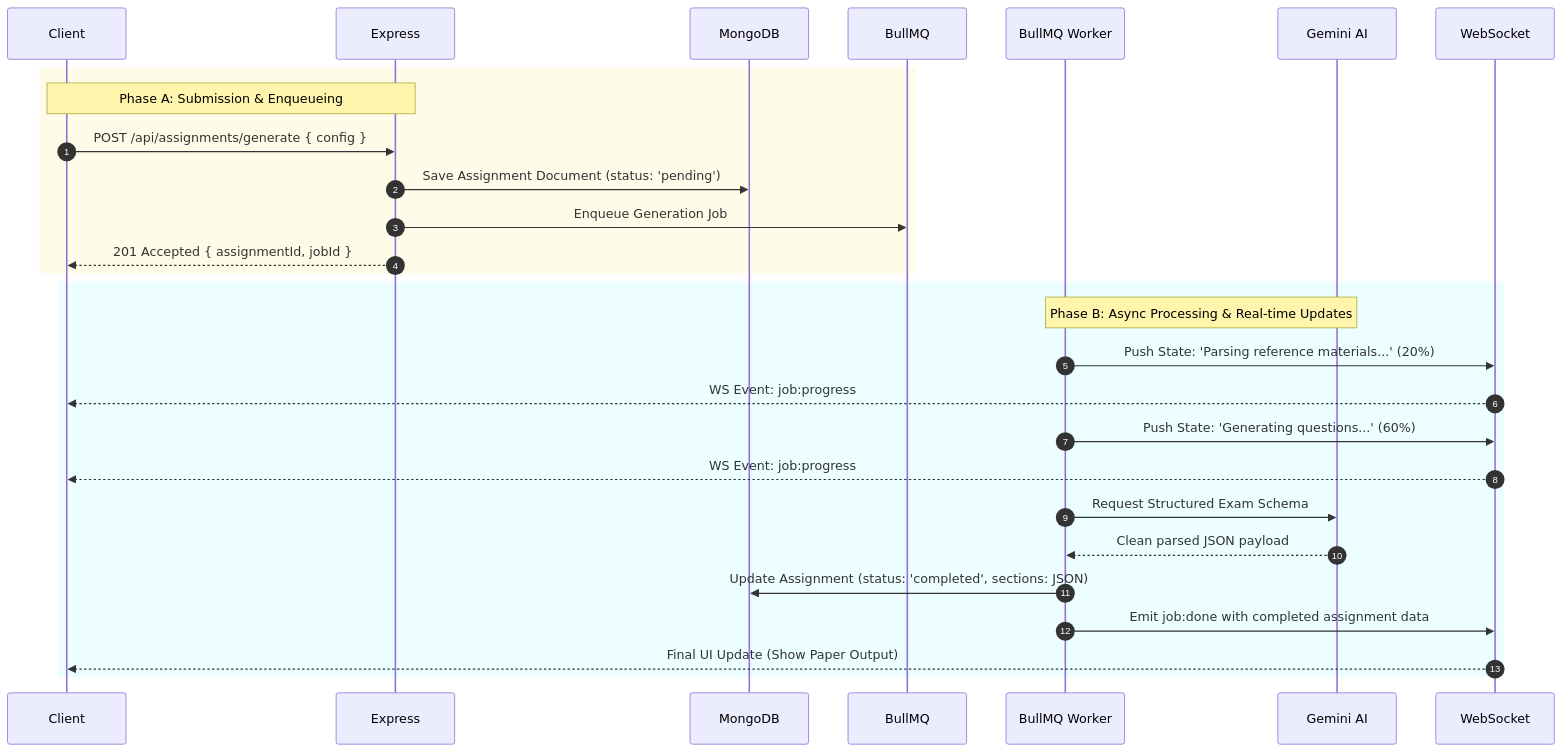
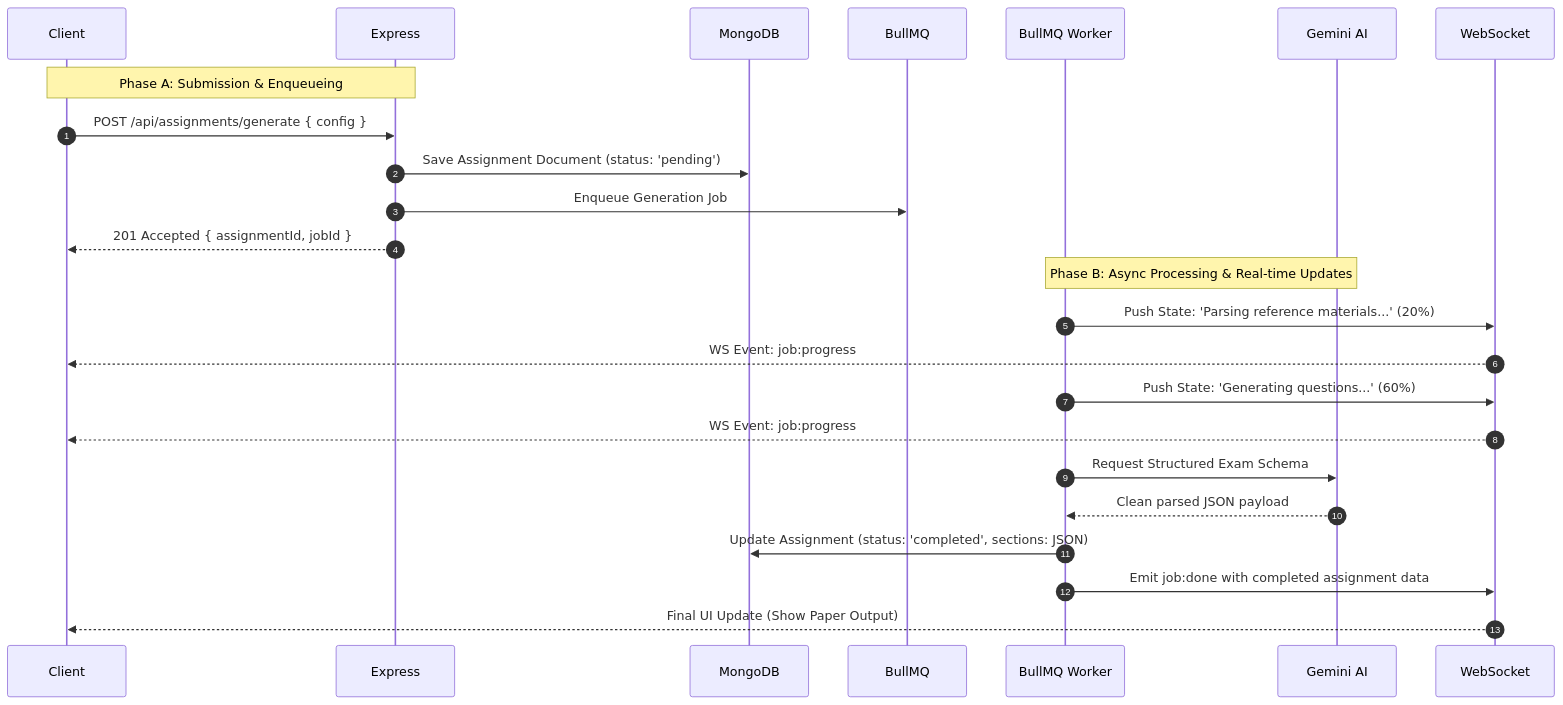
Before and after one commit to prefierolasoledad/Lumina_AI: the fourth of 4 diagrams in README.md, drawn with Mermaid. The commit also changed other lines of this file, not shown here.

Commit message:
docs: remove rect colors from sequence diagrams to support dark mode

````diff
--- a/README.md
+++ b/README.md
@@ -163,24 +155,20 @@
 ```mermaid
 sequenceDiagram
     autonumber
-    rect rgb(254, 252, 232)
-        Note over Client, Express: Phase A: Submission & Enqueueing
-        Client->>Express: POST /api/assignments/generate { config }
-        Express->>MongoDB: Save Assignment Document (status: 'pending')
-        Express->>BullMQ: Enqueue Generation Job
-        Express-->>Client: 201 Accepted { assignmentId, jobId }
-    end
+    Note over Client, Express: Phase A: Submission & Enqueueing
+    Client->>Express: POST /api/assignments/generate { config }
+    Express->>MongoDB: Save Assignment Document (status: 'pending')
+    Express->>BullMQ: Enqueue Generation Job
+    Express-->>Client: 201 Accepted { assignmentId, jobId }
 
-    rect rgb(236, 254, 255)
-        Note over BullMQ Worker, Gemini AI: Phase B: Async Processing & Real-time Updates
-        BullMQ Worker->>WebSocket: Push State: 'Parsing reference materials...' (20%)
-        WebSocket-->>Client: WS Event: job:progress
-        BullMQ Worker->>WebSocket: Push State: 'Generating questions...' (60%)
-        WebSocket-->>Client: WS Event: job:progress
-        BullMQ Worker->>Gemini AI: Request Structured Exam Schema
-        Gemini AI-->>BullMQ Worker: Clean parsed JSON payload
-        BullMQ Worker->>MongoDB: Update Assignment (status: 'completed', sections: JSON)
-        BullMQ Worker->>WebSocket: Emit job:done with completed assignment data
-        WebSocket-->>Client: Final UI Update (Show Paper Output)
-    end
+    Note over BullMQ Worker, Gemini AI: Phase B: Async Processing & Real-time Updates
+    BullMQ Worker->>WebSocket: Push State: 'Parsing reference materials...' (20%)
+    WebSocket-->>Client: WS Event: job:progress
+    BullMQ Worker->>WebSocket: Push State: 'Generating questions...' (60%)
+    WebSocket-->>Client: WS Event: job:progress
+    BullMQ Worker->>Gemini AI: Request Structured Exam Schema
+    Gemini AI-->>BullMQ Worker: Clean parsed JSON payload
+    BullMQ Worker->>MongoDB: Update Assignment (status: 'completed', sections: JSON)
+    BullMQ Worker->>WebSocket: Emit job:done with completed assignment data
+    WebSocket-->>Client: Final UI Update (Show Paper Output)
 ```
````
